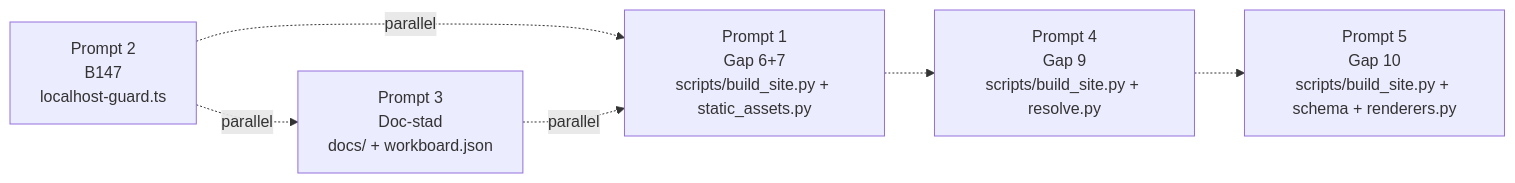
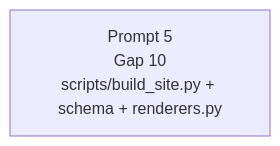
Before and after one commit to Jakeminator123/sajtbyggaren: the diagram in docs/agent-prompts/cloud-grind/README.md, drawn with Mermaid. The commit also changed other lines of this file and 19 other files, not shown here.

````diff
--- a/docs/agent-prompts/cloud-grind/README.md
+++ b/docs/agent-prompts/cloud-grind/README.md
@@ -33,14 +28,4 @@
 ```mermaid
 flowchart LR
-    P1[Prompt 1<br/>Gap 6+7<br/>scripts/build_site.py + static_assets.py]
-    P2[Prompt 2<br/>B147<br/>localhost-guard.ts]
-    P3[Prompt 3<br/>Doc-stad<br/>docs/ + workboard.json]
-    P4[Prompt 4<br/>Gap 9<br/>scripts/build_site.py + resolve.py]
     P5[Prompt 5<br/>Gap 10<br/>scripts/build_site.py + schema + renderers.py]
-
-    P1 -.-> P4
-    P4 -.-> P5
-    P2 -.parallel.-> P1
-    P2 -.parallel.-> P3
-    P3 -.parallel.-> P1
 ```
````
